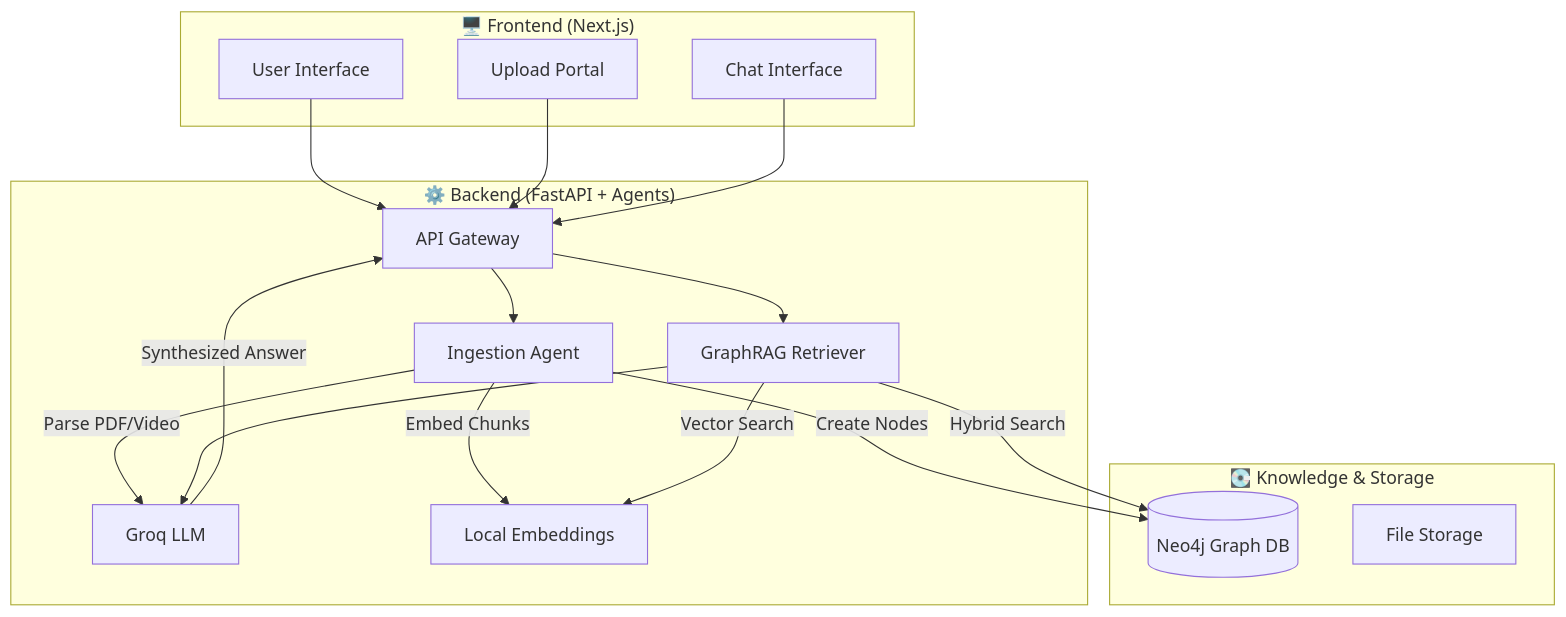
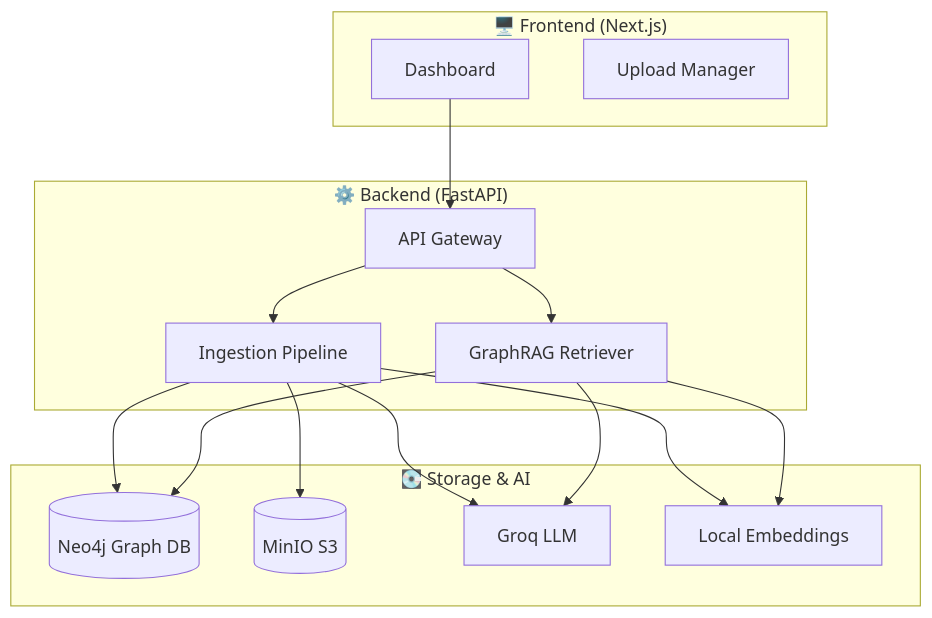
Before and after one commit to Diluksha-Upeka/Neurospace: the first of 2 diagrams in README.md, drawn with Mermaid. The commit also changed other lines of this file, not shown here.

Commit message:
feat: overhaul README with a detailed project overview, key features, technology stack, comprehensive Docker-based getting started guide, and updated architecture diagrams.

````diff
--- a/README.md
+++ b/README.md
@@ -47,39 +87,25 @@
 ```mermaid
 graph TD
   subgraph Client ["🖥️ Frontend (Next.js)"]
-    UI[User Interface]
-    Upload[Upload Portal]
-    Chat[Chat Interface]
+    UI[Dashboard]
+    Upload[Upload Manager]
   end
 
-  subgraph Server ["⚙️ Backend (FastAPI + Agents)"]
+  subgraph Server ["⚙️ Backend (FastAPI)"]
     API[API Gateway]
-    Ingest[Ingestion Agent]
+    Ingest[Ingestion Pipeline]
     Retriever[GraphRAG Retriever]
+  end
+
+  subgraph Data ["💽 Storage & AI"]
+    Neo4j[(Neo4j Graph DB)]
+    Storage[(MinIO S3)]
     Groq[Groq LLM]
     Embed[Local Embeddings]
   end
 
-  subgraph Data ["💽 Knowledge & Storage"]
-    Neo4j[(Neo4j Graph DB)]
-    Storage[File Storage]
-  end
-
-  %% Flows
   UI --> API
-  Upload --> API
-  Chat --> API
-
-  API --> Ingest
-  API --> Retriever
-    
-  Ingest -->|Parse PDF/Video| Groq
-  Ingest -->|Create Nodes| Neo4j
-  Ingest -->|Embed Chunks| Embed
-    
-  Retriever -->|Hybrid Search| Neo4j
-  Retriever -->|Vector Search| Embed
-  Retriever --> Groq
-    
-  Groq -->|Synthesized Answer| API
+  API --> Ingest & Retriever
+  Ingest --> Storage & Neo4j & Groq & Embed
+  Retriever --> Neo4j & Embed & Groq
 ```
````
